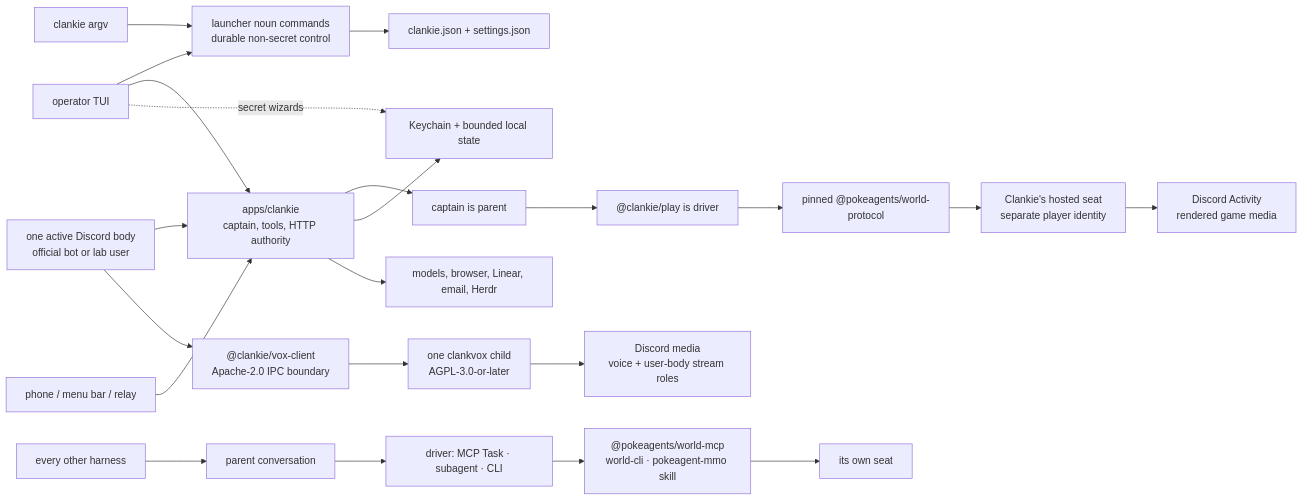
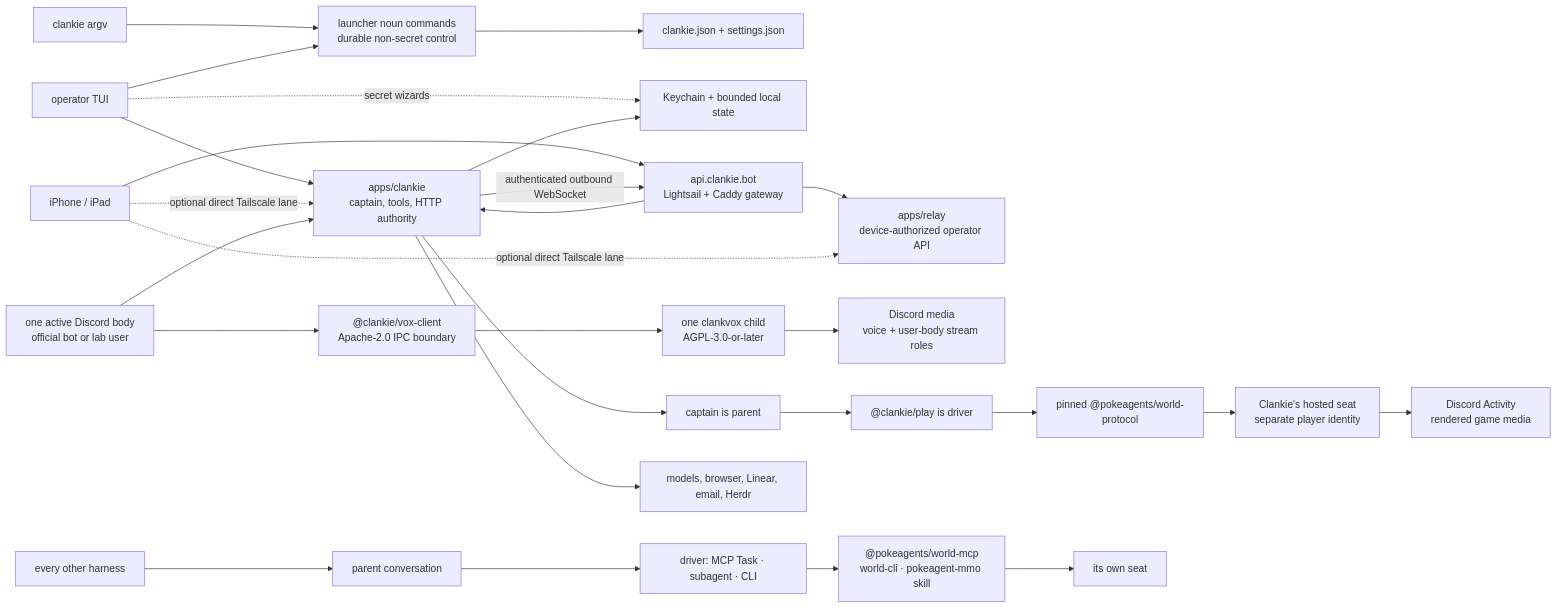
One commit to Volpestyle/clankie changed the diagram in docs/architecture.md. Above: the diagram before and after it, drawn with Mermaid. The commit also changed other lines of this file and 43 other files, not shown here.

````diff
--- a/docs/architecture.md
+++ b/docs/architecture.md
@@ -7,17 +7,22 @@
 ```mermaid
 flowchart LR
   Argv["clankie argv"] --> Commands["launcher noun commands<br/>durable non-secret control"]
   TUI["operator TUI"] --> Commands --> Config["clankie.json + settings.json"]
   TUI --> Service["apps/clankie<br/>captain, tools, HTTP authority"]
   TUI -. "secret wizards" .-> State
-  Remote["phone / menu bar / relay"] --> Service
+  Phone["iPhone / iPad"] --> Gateway["api.clankie.bot<br/>Lightsail + Caddy gateway"]
+  Service -->|"authenticated outbound WebSocket"| Gateway
+  Gateway --> Relay["apps/relay<br/>device-authorized operator API"]
+  Gateway --> Service
+  Phone -. "optional direct Tailscale lane" .-> Relay
+  Phone -. "optional direct Tailscale lane" .-> Service
   Body["one active Discord body<br/>official bot or lab user"] --> Service
   Body --> Client["@clankie/vox-client<br/>Apache-2.0 IPC boundary"]
   Client --> Vox["one clankvox child<br/>AGPL-3.0-or-later"]
   Vox --> Media["Discord media<br/>voice + user-body stream roles"]
   Service --> CaptainParent["captain is parent"] --> PlayDriver["@clankie/play is driver"] --> Contract["pinned @pokeagents/world-protocol"] --> Seat["Clankie's hosted seat<br/>separate player identity"]
   Seat --> Activity["Discord Activity<br/>rendered game media"]
   Harness["every other harness"] --> OtherParent["parent conversation"] --> OtherDriver["driver: MCP Task · subagent · CLI"] --> Doors["@pokeagents/world-mcp<br/>world-cli · pokeagent-mmo skill"] --> OtherSeat["its own seat"]
   Service --> State["Keychain + bounded local state"]
   Service --> External["models, browser, Linear, email, Herdr"]
 ```
````
